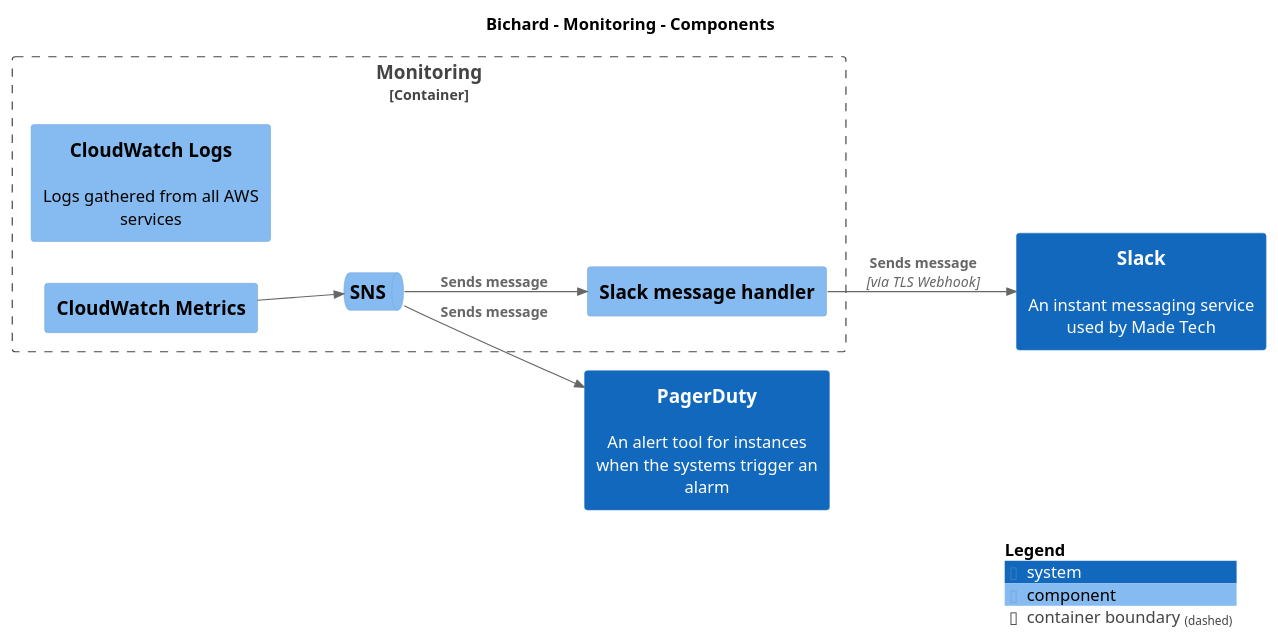
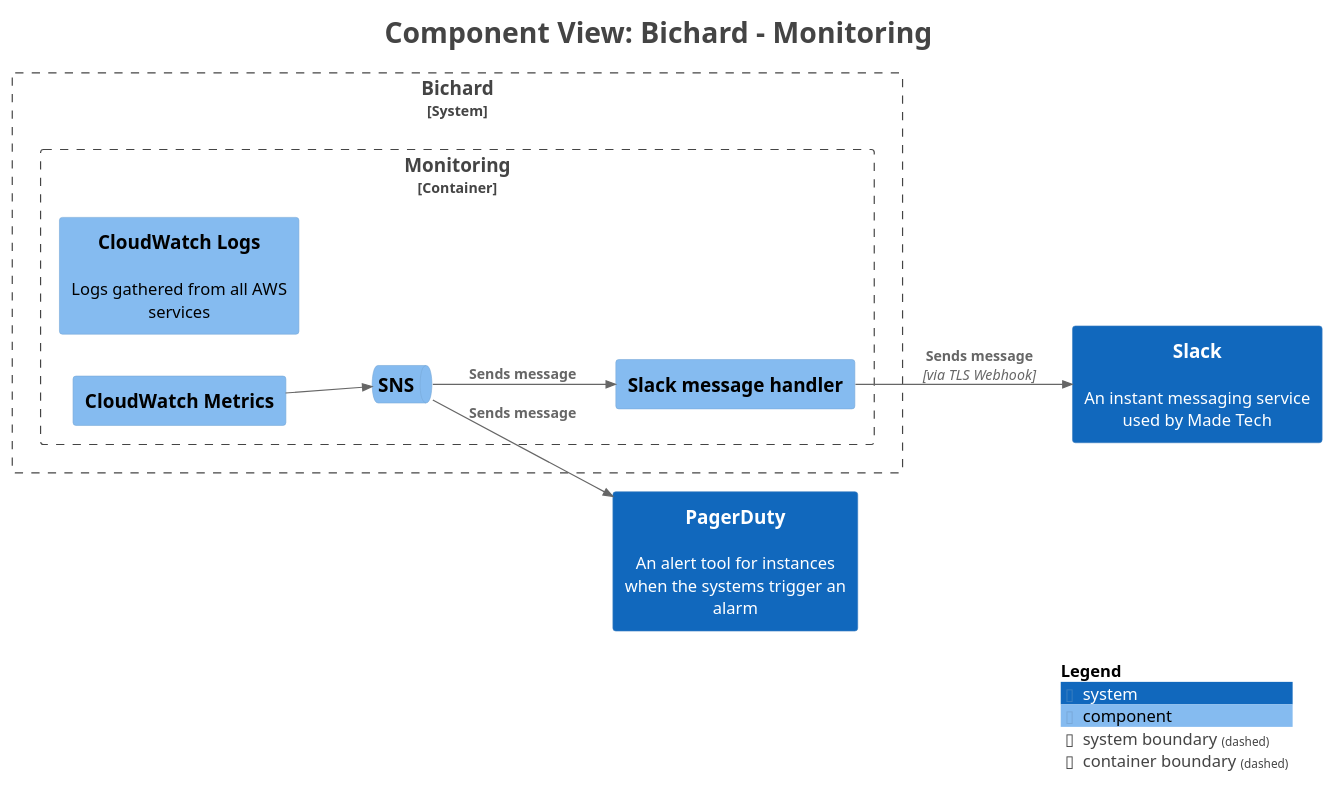
Before and after one commit to ministryofjustice/bichard7-next-core: the diagram in main/puml/Component-007.puml, drawn with PlantUML. The commit also changed 143 other files, not shown here.

```diff
--- a/main/puml/Component-007.puml
+++ b/main/puml/Component-007.puml
@@ -1,27 +1,38 @@
 @startuml
+title <size:24>Component View: Bichard - Monitoring</size>
+
 set separator none
-title Bichard - Monitoring - Components
+left to right direction
 
-left to right direction
+<style>
+  root {
+    BackgroundColor: #ffffff
+    FontColor: #444444
+  }
+</style>
 
 !include <C4/C4>
 !include <C4/C4_Context>
 !include <C4/C4_Component>
 
 System(Slack, "Slack", $descr="An instant messaging service used by Made Tech", $tags="", $link="")
 System(PagerDuty, "PagerDuty", $descr="An alert tool for instances when the systems trigger an alarm", $tags="", $link="")
 
-Container_Boundary("Bichard.Monitoring_boundary", "Monitoring", $tags="") {
-  Component(Bichard.Monitoring.CloudWatchLogs, "CloudWatch Logs", $techn="", $descr="Logs gathered from all AWS services", $tags="", $link="")
-  Component(Bichard.Monitoring.CloudWatchMetrics, "CloudWatch Metrics", $techn="", $descr="", $tags="", $link="")
-  Component(Bichard.Monitoring.Slackmessagehandler, "Slack message handler", $techn="", $descr="", $tags="", $link="")
-  ComponentQueue(Bichard.Monitoring.SNS, "SNS", $techn="", $descr="", $tags="", $link="")
+System_Boundary("Bichard_boundary", "Bichard", $tags="") {
+  Container_Boundary("Bichard.Monitoring_boundary", "Monitoring", $tags="") {
+    Component(Bichard.Monitoring.CloudWatchLogs, "CloudWatch Logs", $techn="", $descr="Logs gathered from all AWS services", $tags="", $link="")
+    Component(Bichard.Monitoring.CloudWatchMetrics, "CloudWatch Metrics", $techn="", $descr="", $tags="", $link="")
+    Component(Bichard.Monitoring.Slackmessagehandler, "Slack message handler", $techn="", $descr="", $tags="", $link="")
+    ComponentQueue(Bichard.Monitoring.SNS, "SNS", $techn="", $descr="", $tags="", $link="")
+  }
+
 }
 
 Rel(Bichard.Monitoring.CloudWatchMetrics, Bichard.Monitoring.SNS, "", $techn="", $tags="", $link="")
 Rel(Bichard.Monitoring.SNS, PagerDuty, "Sends message", $techn="", $tags="", $link="")
 Rel(Bichard.Monitoring.SNS, Bichard.Monitoring.Slackmessagehandler, "Sends message", $techn="", $tags="", $link="")
 Rel(Bichard.Monitoring.Slackmessagehandler, Slack, "Sends message", $techn="via TLS Webhook", $tags="", $link="")
 
 SHOW_LEGEND(true)
+hide stereotypes
 @enduml
```
